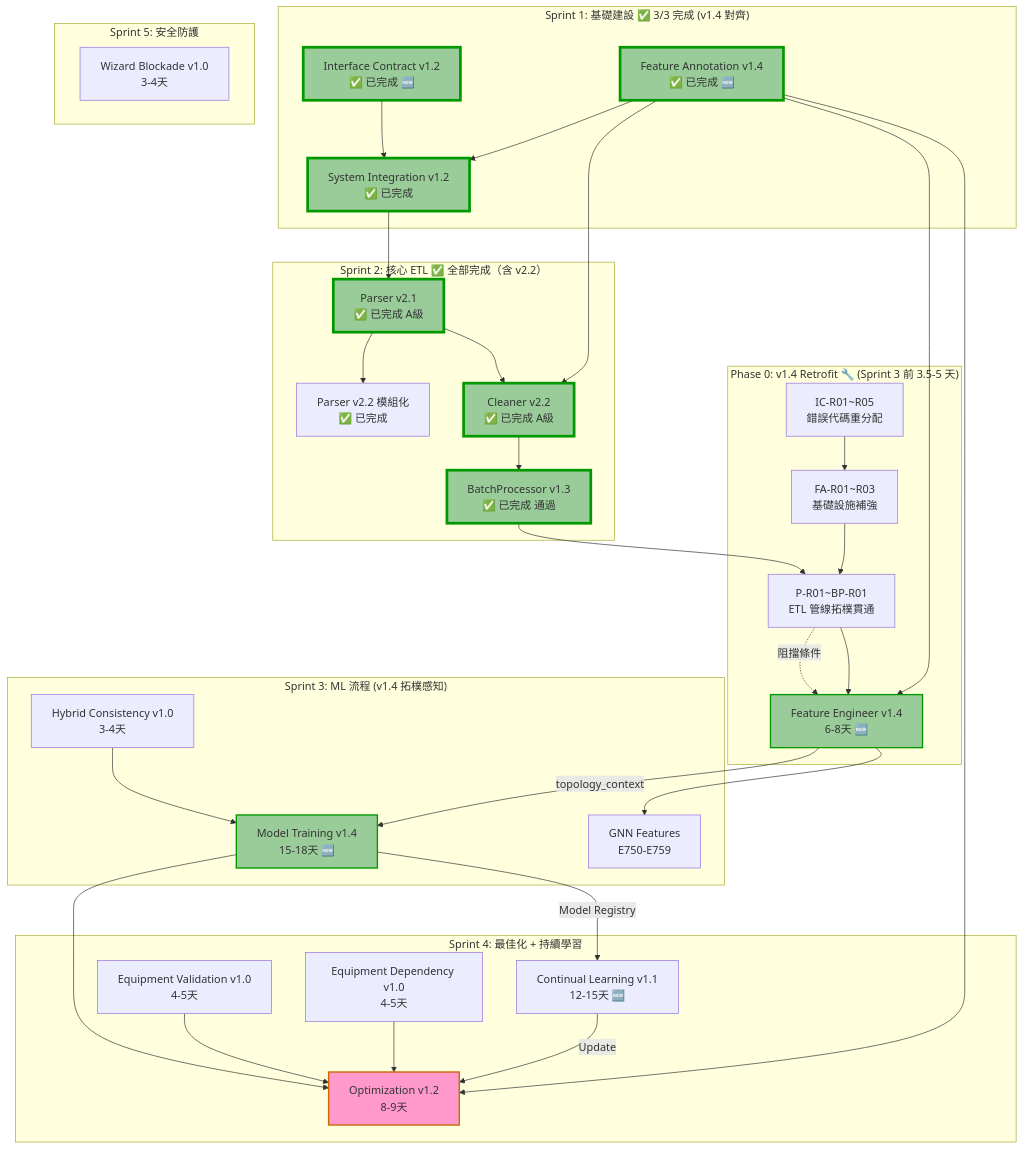
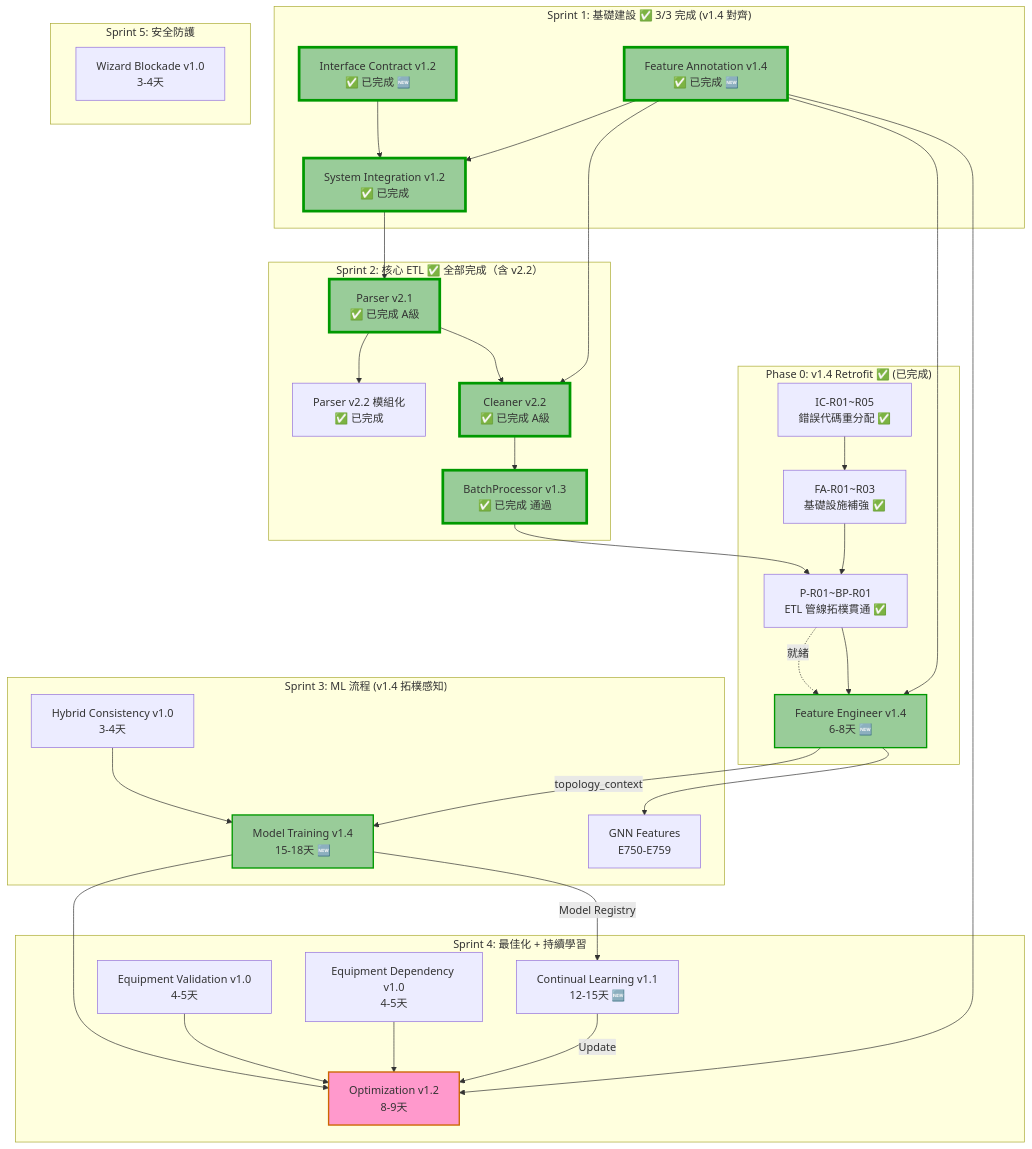
The diagram in docs/專案任務排程/專案任務排程文件.md (oscar120601/HVAC_Analytics), drawn with Mermaid before and after one commit. The commit also changed other lines of this file and 8 other files, not shown here.

First line of the commit message:
Phase 0.3: ETL Pipeline Upgrade (v1.4 Topology Support) Complete

````diff
--- a/docs/專案任務排程/專案任務排程文件.md
+++ b/docs/專案任務排程/專案任務排程文件.md
@@ -60,53 +60,53 @@
 ```mermaid
 graph TD
     subgraph "Sprint 1: 基礎建設 ✅ 3/3 完成 (v1.4 對齊)"
         IC[Interface Contract v1.2<br/>✅ 已完成 🆕] --> SI[System Integration v1.2<br/>✅ 已完成]
         FA[Feature Annotation v1.4<br/>✅ 已完成 🆕] --> SI
     end
     
     subgraph "Sprint 2: 核心 ETL ✅ 全部完成（含 v2.2）"
         SI --> Parser[Parser v2.1<br/>✅ 已完成 A級]
         Parser --> Parser22[Parser v2.2 模組化<br/>✅ 已完成]
         FA --> Cleaner[Cleaner v2.2<br/>✅ 已完成 A級]
         Parser --> Cleaner
         Cleaner --> BP[BatchProcessor v1.3<br/>✅ 已完成 通過]
     end
     
-    subgraph "Phase 0: v1.4 Retrofit 🔧 (Sprint 3 前 3.5-5 天)"
-        P0[IC-R01~R05<br/>錯誤代碼重分配] --> P0B[FA-R01~R03<br/>基礎設施補強]
-        P0B --> P0C[P-R01~BP-R01<br/>ETL 管線拓樸貫通]
-        P0C -.->|阻擋條件| FE
+    subgraph "Phase 0: v1.4 Retrofit ✅ (已完成)"
+        P0[IC-R01~R05<br/>錯誤代碼重分配 ✅] --> P0B[FA-R01~R03<br/>基礎設施補強 ✅]
+        P0B --> P0C[P-R01~BP-R01<br/>ETL 管線拓樸貫通 ✅]
+        P0C -.->|就緒| FE
     end
     
     subgraph "Sprint 3: ML 流程 (v1.4 拓樸感知)"
         BP --> P0C
         P0C --> FE[Feature Engineer v1.4<br/>6-8天 🆕]
         FA --> FE
         FE -->|topology_context| MT[Model Training v1.4<br/>15-18天 🆕]
         HC[Hybrid Consistency v1.0<br/>3-4天] --> MT
         FE --> GNN[GNN Features<br/>E750-E759]
     end
     
     subgraph "Sprint 4: 最佳化 + 持續學習"
         MT --> OPT[Optimization v1.2<br/>8-9天]
         MT -->|Model Registry| CL[Continual Learning v1.1<br/>12-15天 🆕]
         CL -->|Update| OPT
         FA --> OPT
         EV[Equipment Validation v1.0<br/>4-5天] --> OPT
         ED[Equipment Dependency v1.0<br/>4-5天] --> OPT
     end
     
     subgraph "Sprint 5: 安全防護"
         WTB[Wizard Blockade v1.0<br/>3-4天]
     end
     
     style IC fill:#9c9,stroke:#090,stroke-width:4px
     style SI fill:#9c9,stroke:#090,stroke-width:4px
     style FA fill:#9c9,stroke:#090,stroke-width:4px
     style Parser fill:#9c9,stroke:#090,stroke-width:4px
     style Cleaner fill:#9c9,stroke:#090,stroke-width:4px
     style BP fill:#9c9,stroke:#090,stroke-width:4px
     style FE fill:#9c9,stroke:#090,stroke-width:2px
     style MT fill:#9c9,stroke:#090,stroke-width:2px
     style OPT fill:#f9c,stroke:#c60,stroke-width:2px
 ```
````
